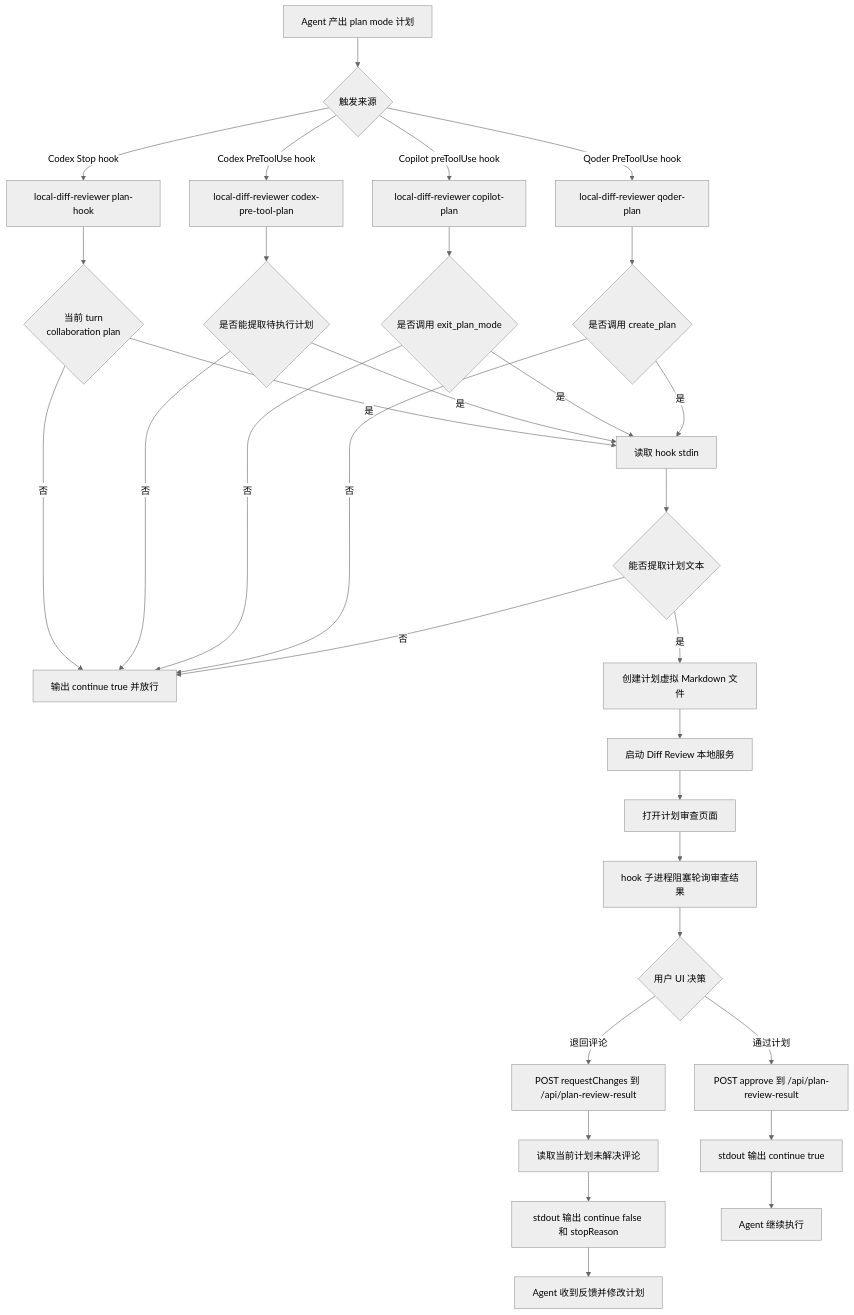
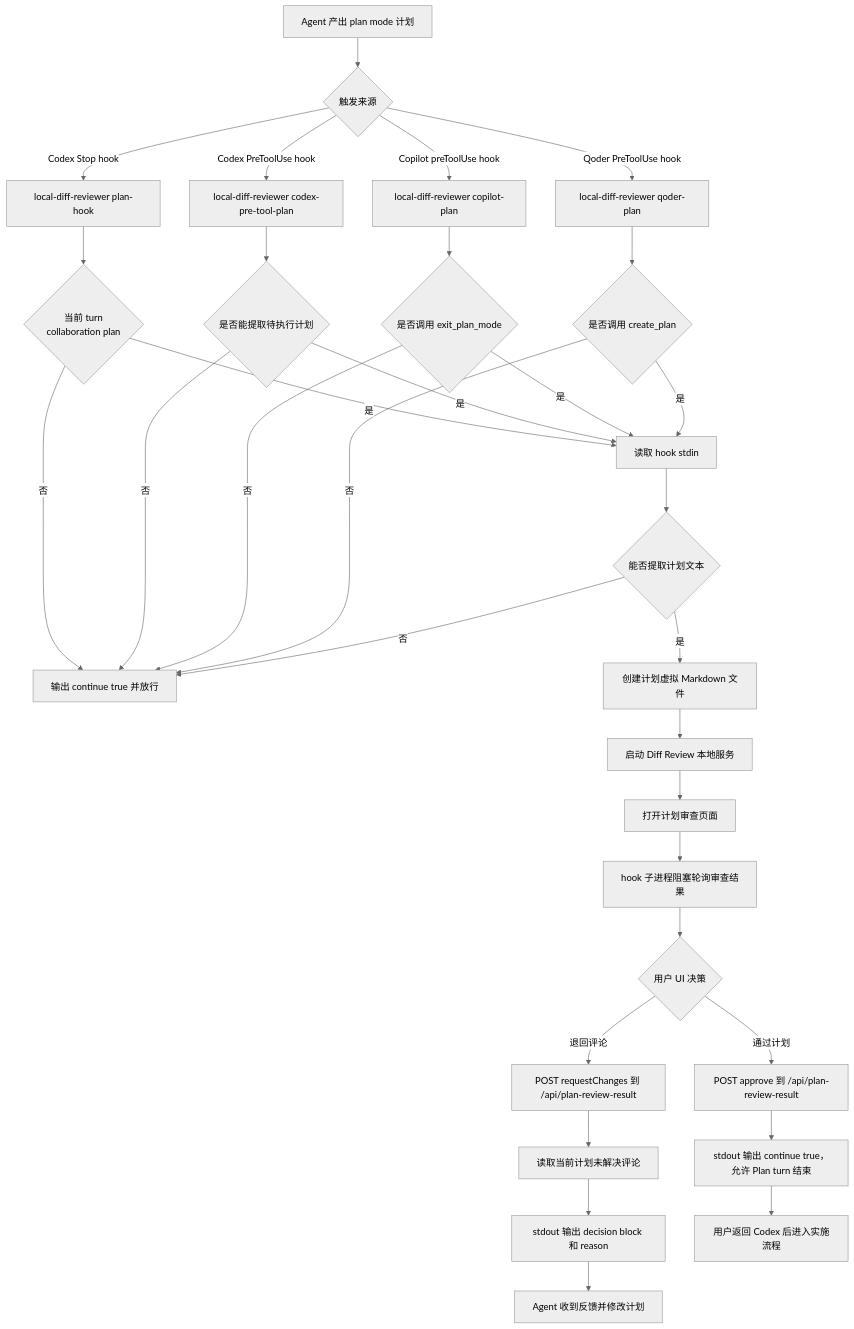
One commit to Mone-Lee/diff-review changed the diagram in docs/plan-mode-hooks.md. Above: the diagram before and after it, drawn with Mermaid (neutral theme). The commit also changed other lines of this file and 6 other files, not shown here.

````diff
--- a/docs/plan-mode-hooks.md
+++ b/docs/plan-mode-hooks.md
@@ -163,43 +163,43 @@
 ```mermaid
 flowchart TD
   Agent[Agent 产出 plan mode 计划] --> Entry{触发来源}
 
   Entry -->|Codex Stop hook| CodexHook[local-diff-reviewer plan-hook]
   Entry -->|Codex PreToolUse hook| CodexPreToolHook[local-diff-reviewer codex-pre-tool-plan]
   Entry -->|Copilot preToolUse hook| CopilotHook[local-diff-reviewer copilot-plan]
   Entry -->|Qoder PreToolUse hook| QoderHook[local-diff-reviewer qoder-plan]
 
   CodexHook --> CodexCheck{当前 turn<br/>collaboration plan}
   CodexPreToolHook --> CodexPreToolCheck{是否能提取待执行计划}
   CodexCheck -->|否| Pass[输出 continue true 并放行]
   CodexCheck -->|是| ReadInput[读取 hook stdin]
   CodexPreToolCheck -->|否| Pass
   CodexPreToolCheck -->|是| ReadInput
 
   CopilotHook --> CopilotCheck{是否调用 exit_plan_mode}
   CopilotCheck -->|否| Pass
   CopilotCheck -->|是| ReadInput
 
   QoderHook --> QoderCheck{是否调用 create_plan}
   QoderCheck -->|否| Pass
   QoderCheck -->|是| ReadInput
 
   ReadInput --> Extract{能否提取计划文本}
   Extract -->|否| Pass
   Extract -->|是| VirtualFile[创建计划虚拟 Markdown 文件]
 
   VirtualFile --> Server[启动 Diff Review 本地服务]
   Server --> Browser[打开计划审查页面]
   Browser --> Wait[hook 子进程阻塞轮询审查结果]
 
   Wait --> Review{用户 UI 决策}
   Review -->|通过计划| Approve[POST approve 到 /api/plan-review-result]
   Review -->|退回评论| RequestChanges[POST requestChanges 到 /api/plan-review-result]
 
-  Approve --> Continue[stdout 输出 continue true]
+  Approve --> Continue[stdout 输出 continue true，允许 Plan turn 结束]
   RequestChanges --> CollectComments[读取当前计划未解决评论]
-  CollectComments --> Stop[stdout 输出 continue false 和 stopReason]
+  CollectComments --> Stop[stdout 输出 decision block 和 reason]
 
-  Continue --> AgentContinue[Agent 继续执行]
+  Continue --> AgentContinue[用户返回 Codex 后进入实施流程]
   Stop --> AgentRevise[Agent 收到反馈并修改计划]
 ```
````
